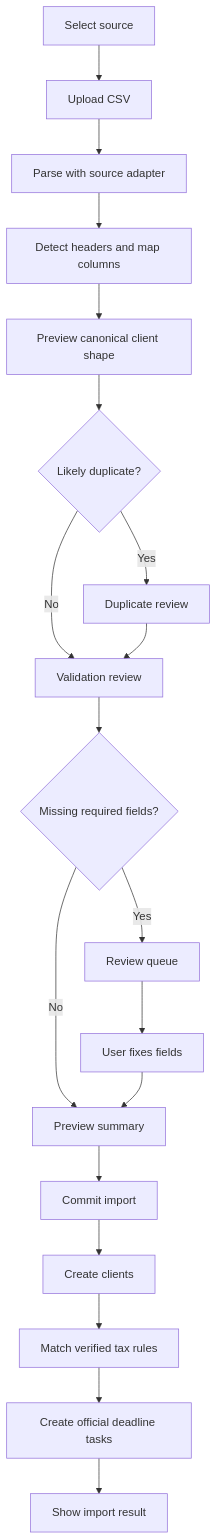
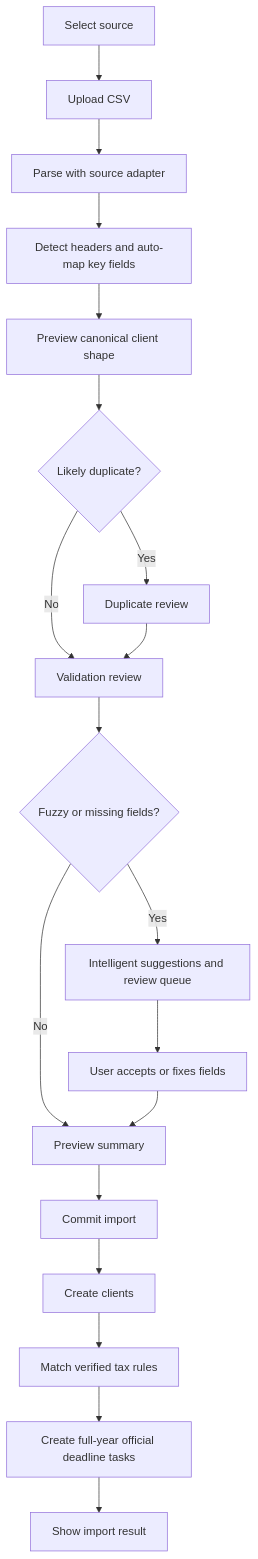
The diagram in specs/csv-imports.md (Yessenia-d/DueDateHQ), drawn with Mermaid before and after one commit. The commit also changed other lines of this file and 11 other files, not shown here.

````diff
--- a/specs/csv-imports.md
+++ b/specs/csv-imports.md
@@ -22,21 +24,21 @@
 ```mermaid
 flowchart TD
   A[Select source] --> B[Upload CSV]
   B --> C[Parse with source adapter]
-  C --> D[Detect headers and map columns]
+  C --> D[Detect headers and auto-map key fields]
   D --> E[Preview canonical client shape]
   E --> N{Likely duplicate?}
   N -- Yes --> O[Duplicate review]
   N -- No --> P[Validation review]
   O --> P
-  P --> Q{Missing required fields?}
-  Q -- Yes --> F[Review queue]
-  F --> G[User fixes fields]
+  P --> Q{Fuzzy or missing fields?}
+  Q -- Yes --> F[Intelligent suggestions and review queue]
+  F --> G[User accepts or fixes fields]
   Q -- No --> H[Preview summary]
   G --> H
   H --> I[Commit import]
   I --> J[Create clients]
   J --> K[Match verified tax rules]
-  K --> L[Create official deadline tasks]
+  K --> L[Create full-year official deadline tasks]
   L --> M[Show import result]
 ```
````
